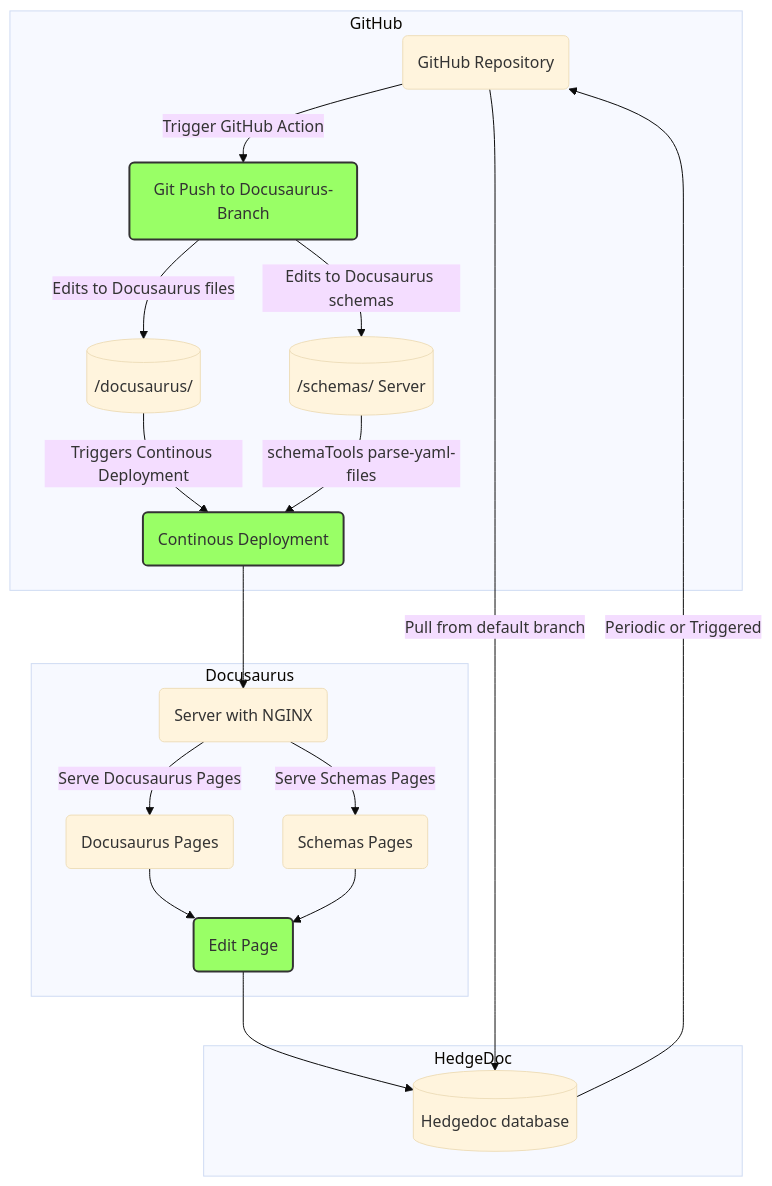
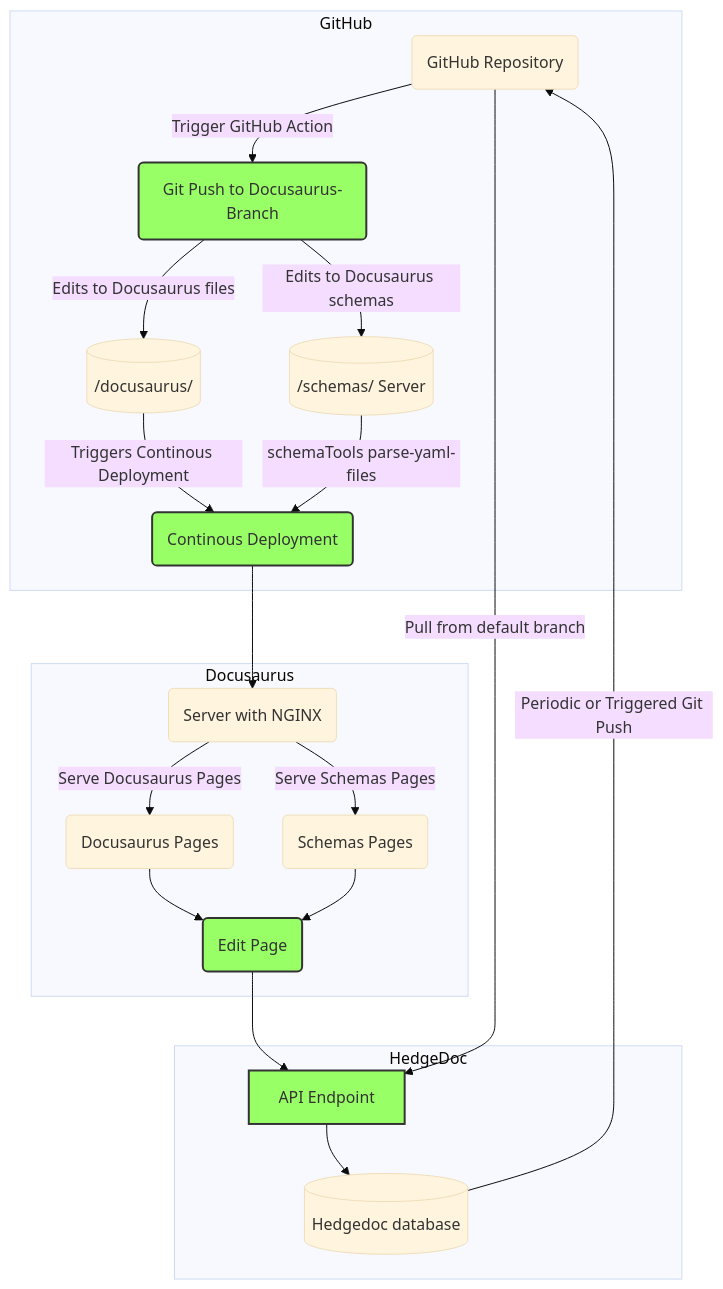
Before and after one commit to nqminds/SBOM-GAP: the diagram in README.md, drawn with Mermaid (base theme).

Commit message:
[2024-01-11 10:41:54] Anthony McCaigue: documentation-toolchain

````diff
--- a/README.md
+++ b/README.md
@@ -6,44 +6,47 @@
 ```mermaid
 graph
 
 %% GitHub
 subgraph GitHub
   ghRepo(GitHub Repository)
   ghAction1(Git Push to Docusaurus-Branch)
   ghAction2(Continous Deployment)
   docusaurusServer[(/docusaurus/)]
   schemasServer[(/schemas/ Server)]
 end
 
 %% Server Hosting Pages using NGINX
 subgraph Docusaurus
   nginxServer(Server with NGINX)
   nginxDocusaurus(Docusaurus Pages)
   nginxSchemas(Schemas Pages)
   editPage(Edit Page)
 end
 
 subgraph HedgeDoc
     hedgedocPages[(Hedgedoc database)]
+    api[API Endpoint]
 end
 
 %% Arrows and Actions
 ghRepo -->|Trigger GitHub Action| ghAction1
 ghAction1 -->|Edits to Docusaurus files| docusaurusServer
 ghAction1 -->|Edits to Docusaurus schemas| schemasServer
 docusaurusServer -->|Triggers Continous Deployment| ghAction2
 schemasServer -->|schemaTools parse-yaml-files| ghAction2
 ghAction2 --> nginxServer
 nginxServer -->|Serve Docusaurus Pages| nginxDocusaurus
 nginxServer -->|Serve Schemas Pages| nginxSchemas
 
 nginxDocusaurus --> editPage
 nginxSchemas --> editPage
 
-editPage --> hedgedocPages -->|Periodic or Triggered | ghRepo
-ghRepo --> |Pull from default branch| hedgedocPages
+editPage --> api
+ghRepo --> |Pull from default branch| api
 
-classDef centered fill:#9f6,stroke:#333,stroke-width:2px,align::center;
+api -->hedgedocPages -->|Periodic or Triggered Git Push| ghRepo
 
-class ghAction1,ghAction2,editPage centered;
+classDef centered fill:#9f6,stroke:#333,stroke-width:2px,align:center;
+
+class ghAction1,ghAction2,editPage,api centered;
 ```
````
